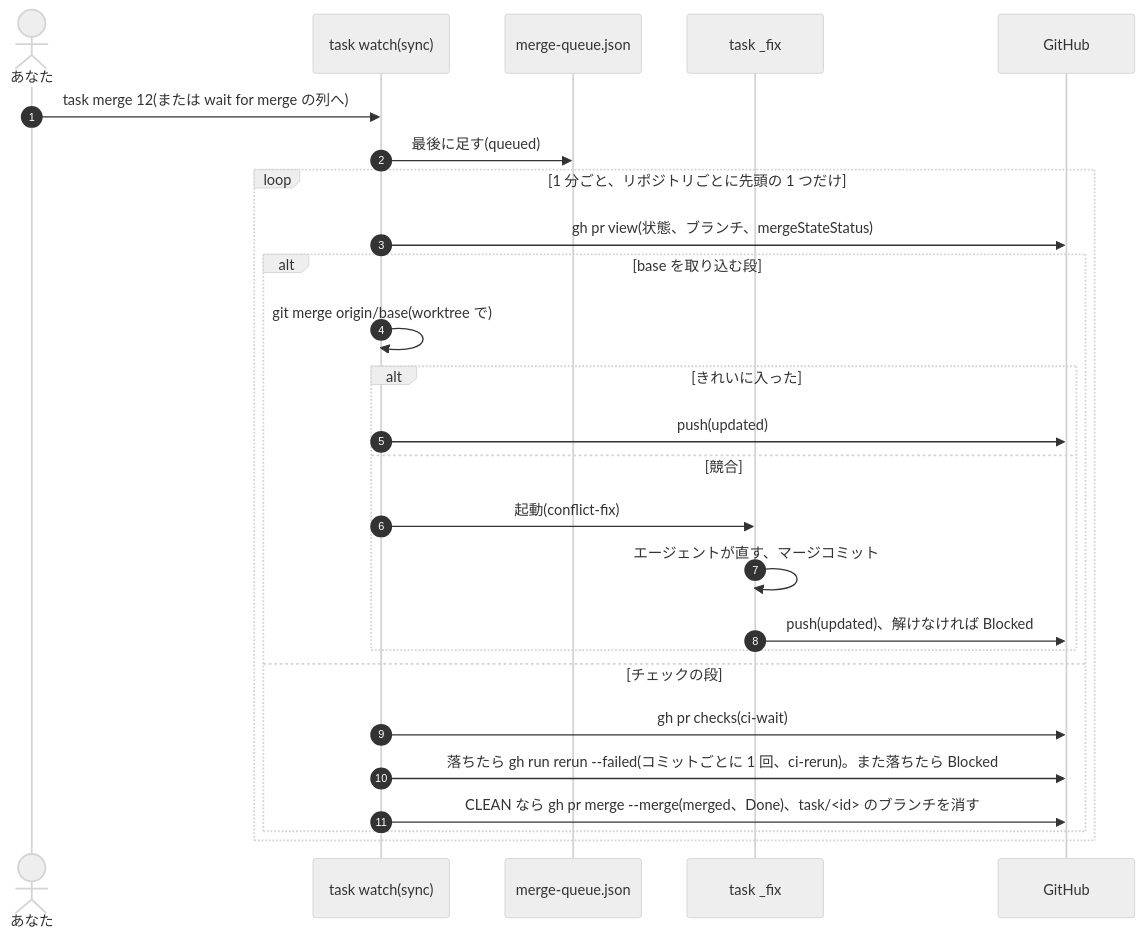
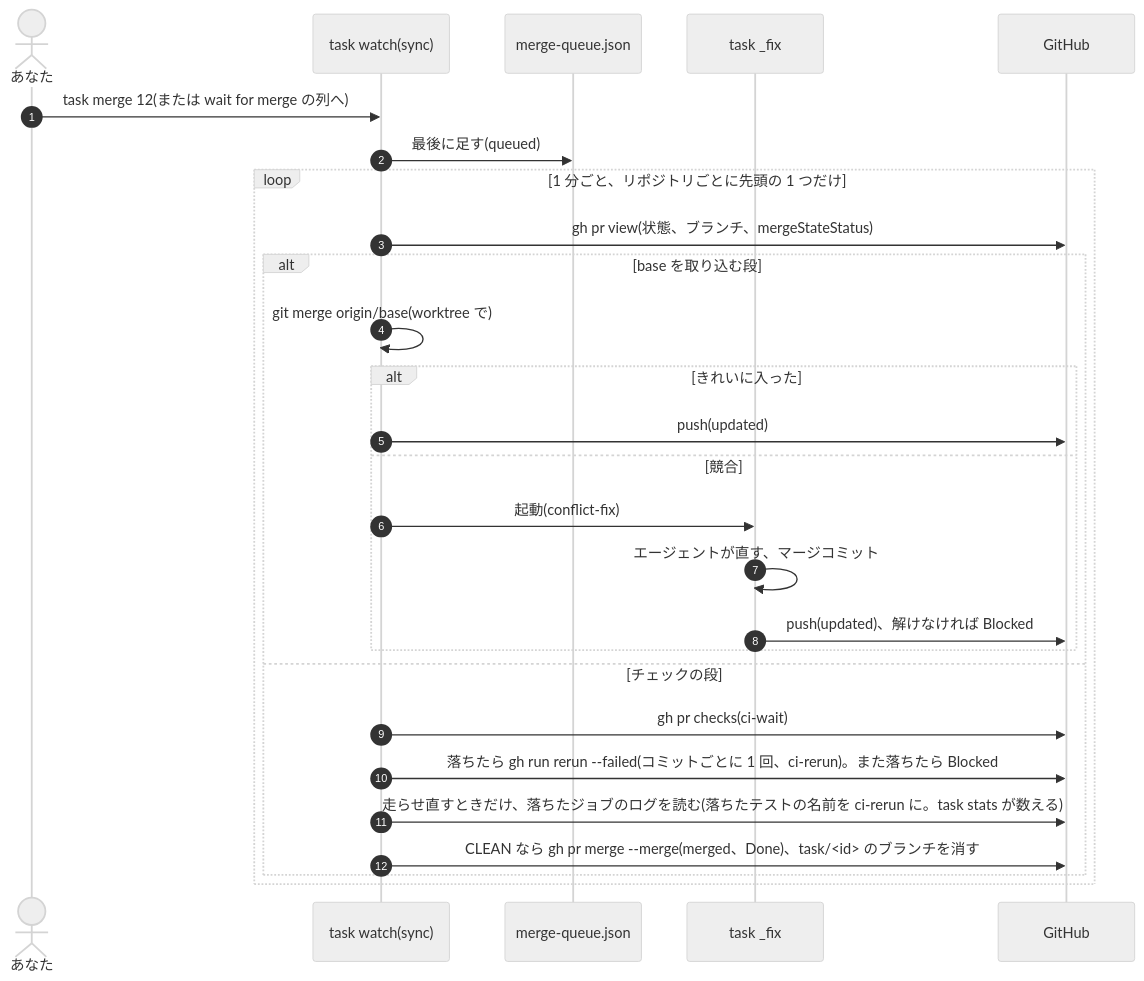
The seventh of 10 diagrams in docs/architecture/hld.md (jyoka/task-hub), drawn with Mermaid (neutral theme) before and after one commit. The commit also changed other lines of this file and 7 other files, not shown here.

Commit message:
task 414: task-hub: CI を回し直したときに落ちたテストの名前を残し、task stats に出す

````diff
--- a/docs/architecture/hld.md
+++ b/docs/architecture/hld.md
@@ -287,28 +288,29 @@
 ```mermaid
 sequenceDiagram
     autonumber
     actor You as あなた
     participant Task as task watch(sync)
     participant Q as merge-queue.json
     participant Fix as task _fix
     participant GH as GitHub
     You->>Task: task merge 12(または wait for merge の列へ)
     Task->>Q: 最後に足す(queued)
     loop 1 分ごと、リポジトリごとに先頭の 1 つだけ
         Task->>GH: gh pr view(状態、ブランチ、mergeStateStatus)
         alt base を取り込む段
             Task->>Task: git merge origin/base(worktree で)
             alt きれいに入った
                 Task->>GH: push(updated)
             else 競合
                 Task->>Fix: 起動(conflict-fix)
                 Fix->>Fix: エージェントが直す、マージコミット
                 Fix->>GH: push(updated)、解けなければ Blocked
             end
         else チェックの段
             Task->>GH: gh pr checks(ci-wait)
             Task->>GH: 落ちたら gh run rerun --failed(コミットごとに 1 回、ci-rerun)。また落ちたら Blocked
+            Task->>GH: 走らせ直すときだけ、落ちたジョブのログを読む(落ちたテストの名前を ci-rerun に。task stats が数える)
             Task->>GH: CLEAN なら gh pr merge --merge(merged、Done)、task/<id> のブランチを消す
         end
     end
 ```
````
